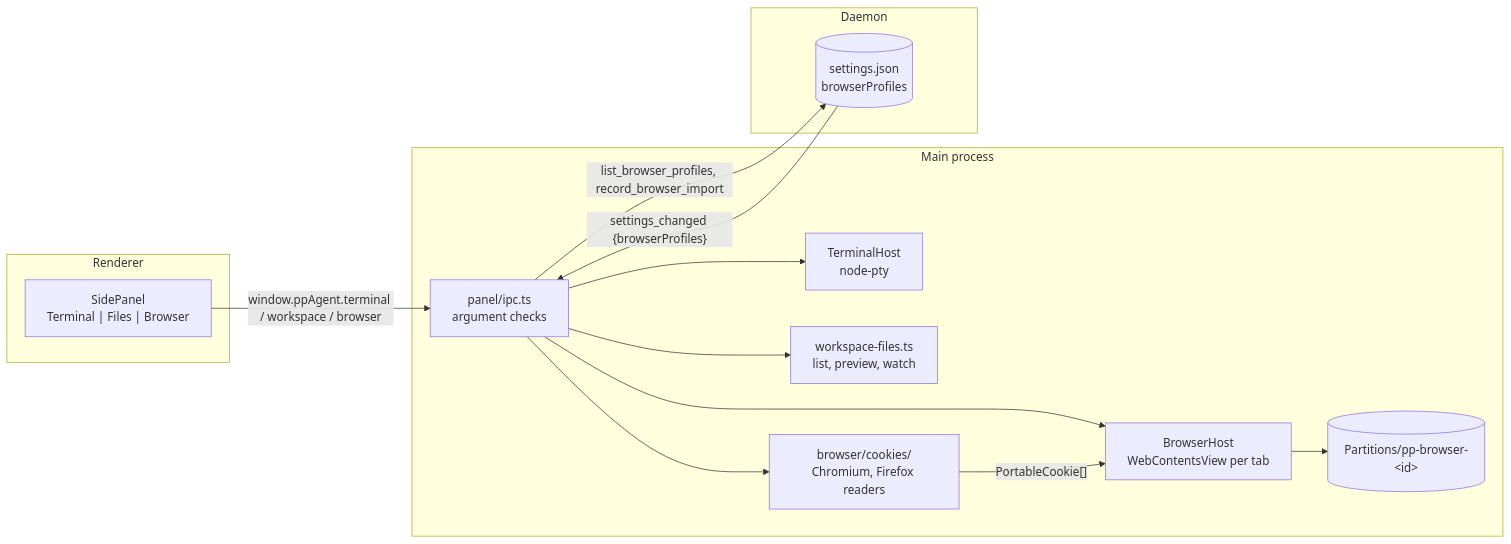
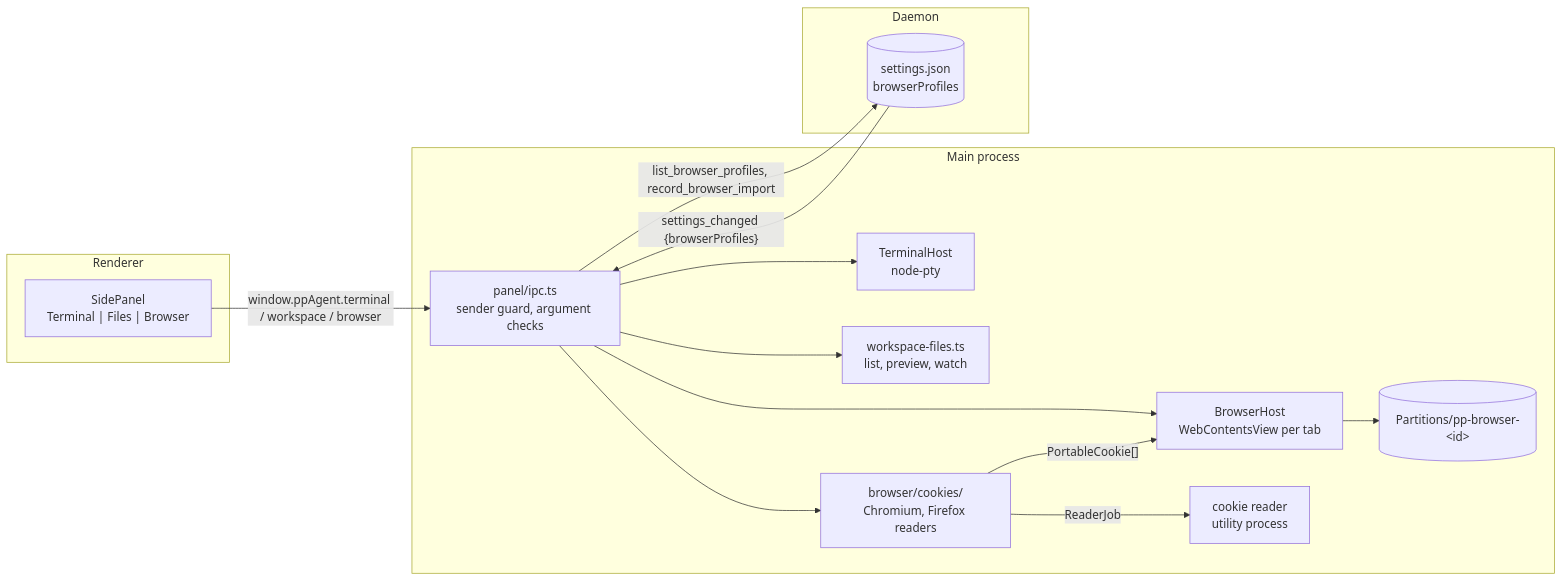
The first of 2 diagrams in docs/architecture/side-panel.md (pp-techs/pp-agent), drawn with Mermaid before and after one commit. The commit also changed other lines of this file and 165 other files, not shown here.

````diff
--- a/docs/architecture/side-panel.md
+++ b/docs/architecture/side-panel.md
@@ -5,23 +5,25 @@
 ```mermaid
 flowchart LR
   subgraph R["Renderer"]
     SP["SidePanel<br/>Terminal | Files | Browser"]
   end
   subgraph M["Main process"]
-    IPC["panel/ipc.ts<br/>argument checks"]
+    IPC["panel/ipc.ts<br/>sender guard, argument checks"]
     TH["TerminalHost<br/>node-pty"]
     WF["workspace-files.ts<br/>list, preview, watch"]
     BH["BrowserHost<br/>WebContentsView per tab"]
     CI["browser/cookies/<br/>Chromium, Firefox readers"]
+    CR["cookie reader<br/>utility process"]
     P[("Partitions/pp-browser-&lt;id&gt;")]
   end
   subgraph D["Daemon"]
     S[("settings.json<br/>browserProfiles")]
   end
   SP -- "window.ppAgent.terminal / workspace / browser" --> IPC
   IPC --> TH & WF & BH & CI
   BH --> P
+  CI -- "ReaderJob" --> CR
   CI -- "PortableCookie[]" --> BH
   IPC -- "list_browser_profiles, record_browser_import" --> S
   S -- "settings_changed {browserProfiles}" --> IPC
 ```
````
